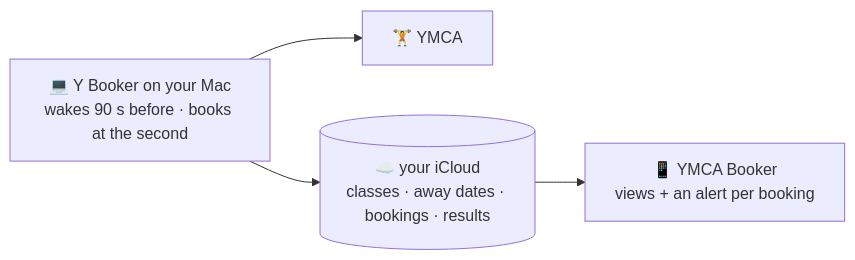
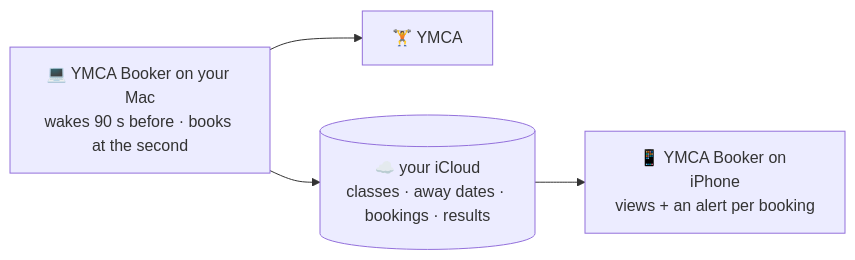
The first of 2 diagrams in README.md (thomashan1/ymca-autobook), drawn with Mermaid before and after one commit. The commit also changed other lines of this file and 5 other files, not shown here.

First line of the commit message:
Docs and iOS text: the Mac app is YMCA Booker too (#155)

````diff
--- a/README.md
+++ b/README.md
@@ -69,6 +70,6 @@
 ```mermaid
 flowchart LR
-    mac["💻 Y Booker on your Mac<br/>wakes 90 s before · books at the second"] --> ymca["🏋️ YMCA"]
+    mac["💻 YMCA Booker on your Mac<br/>wakes 90 s before · books at the second"] --> ymca["🏋️ YMCA"]
     mac --> icloud[("☁️ your iCloud<br/>classes · away dates · bookings · results")]
-    icloud --> phone["📱 YMCA Booker<br/>views + an alert per booking"]
+    icloud --> phone["📱 YMCA Booker on iPhone<br/>views + an alert per booking"]
 ```
````
